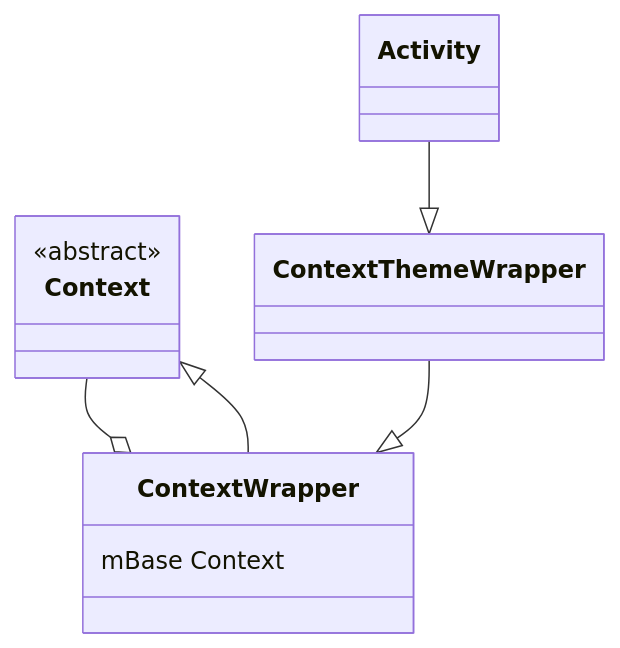
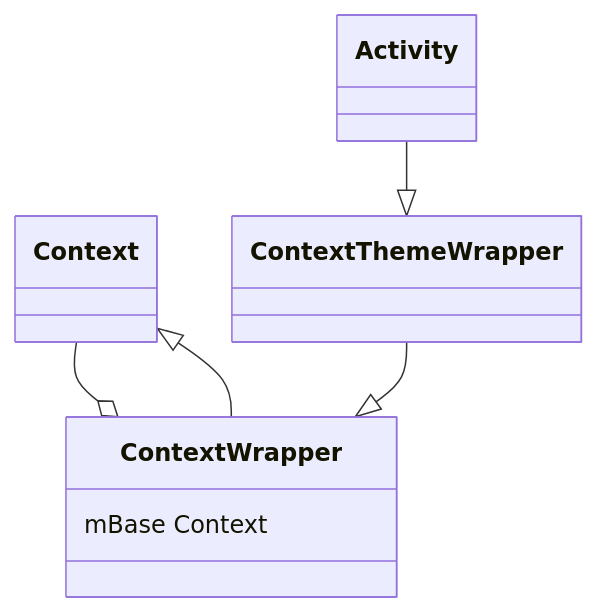
The third of 6 diagrams in source/_posts/Android/Android窗口机制.md (swithun-liu/swithun-liu.github.io), drawn with Mermaid before and after one commit. The commit also changed other lines of this file and 23 other files, not shown here.

````diff
--- a/source/_posts/Android/Android窗口机制.md
+++ b/source/_posts/Android/Android窗口机制.md
@@ -1014,16 +1075,14 @@
 ```mermaid
 classDiagram
-class Context {
-    <<abstract>>
-}
+class Context
 class ContextWrapper {
     mBase Context
 }
 class ContextThemeWrapper
 class Activity
 
 ContextWrapper --|> Context
 Context --o ContextWrapper
 ContextThemeWrapper --|> ContextWrapper
 Activity --|> ContextThemeWrapper
 ```
````
